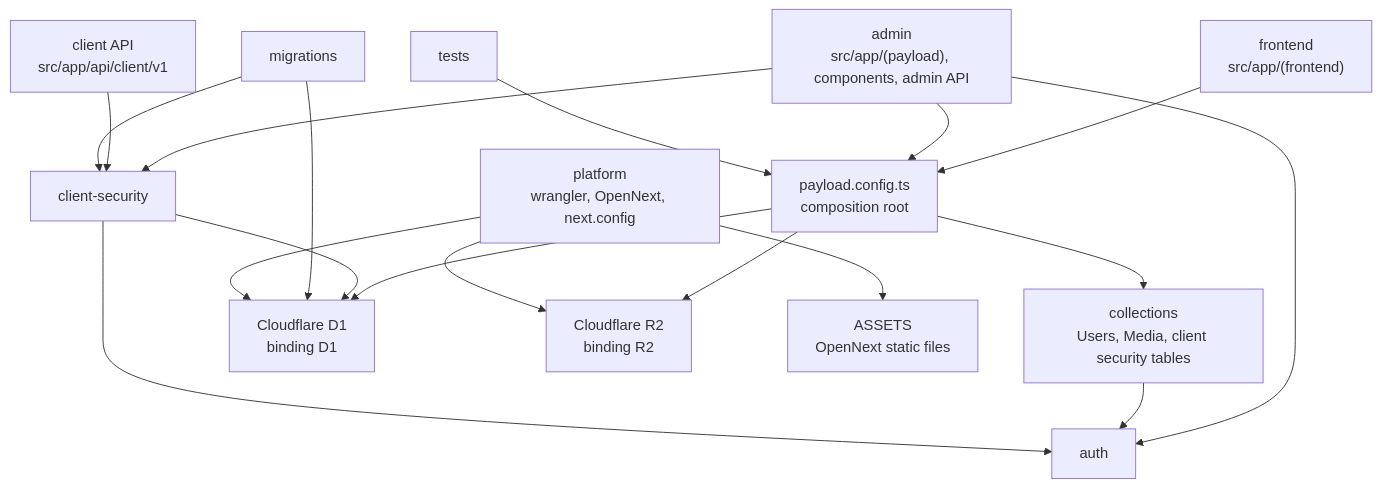
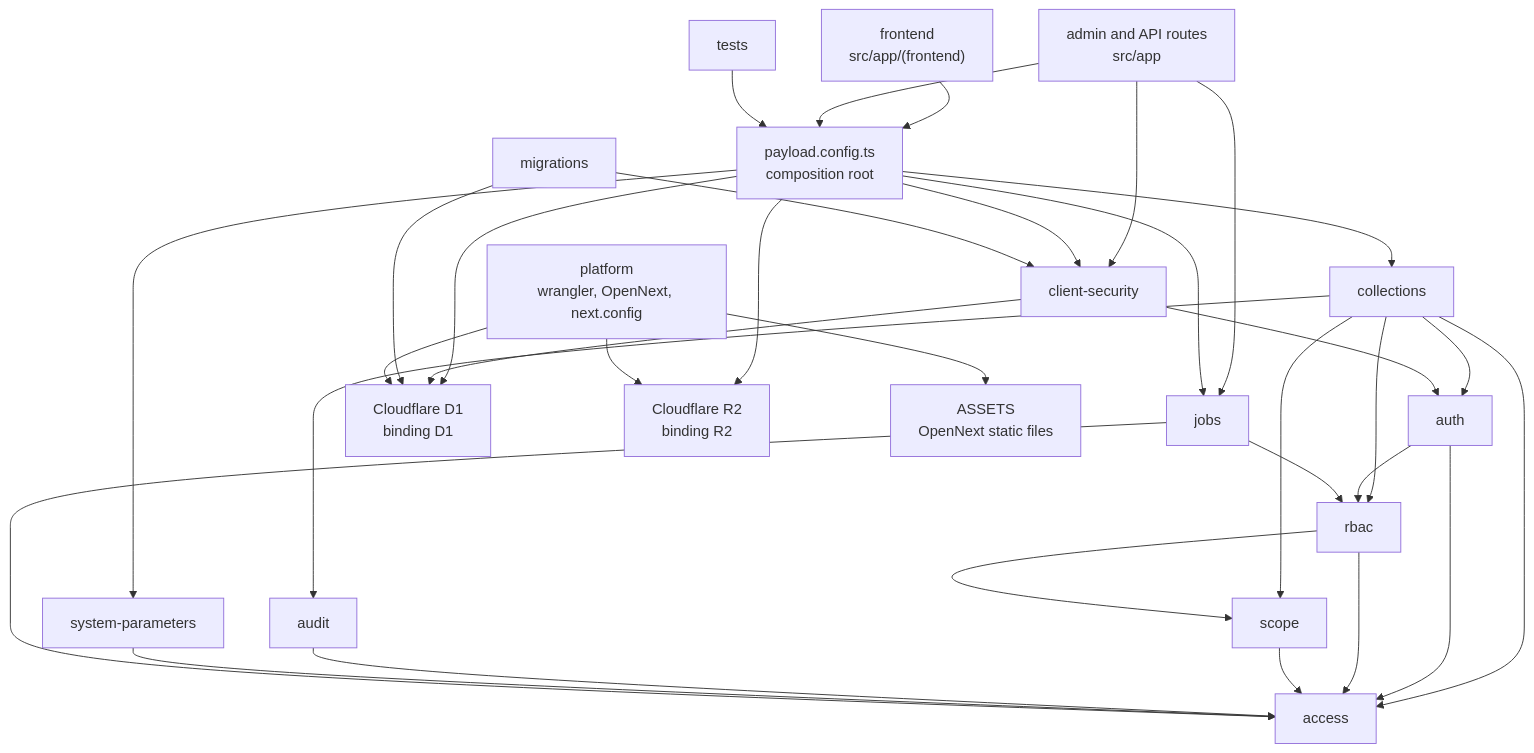
One commit to AIKitLLC/cloudflare-admin-template changed the diagram in docs/ARCHITECTURE.md. Above: the diagram before and after it, drawn with Mermaid. The commit also changed other lines of this file and 5 other files, not shown here.

````diff
--- a/docs/ARCHITECTURE.md
+++ b/docs/ARCHITECTURE.md
@@ -58,34 +72,54 @@
 ```mermaid
 flowchart TD
   frontend["frontend<br/>src/app/(frontend)"]
-  admin["admin<br/>src/app/(payload), components, admin API"]
-  client["client API<br/>src/app/api/client/v1"]
+  admin["admin and API routes<br/>src/app"]
   tests["tests"]
   config["payload.config.ts<br/>composition root"]
-  collections["collections<br/>Users, Media, client security tables"]
+  collections["collections"]
   security["client-security"]
   auth["auth"]
+  rbac["rbac"]
+  scope["scope"]
+  access["access"]
+  audit["audit"]
+  params["system-parameters"]
+  jobs["jobs"]
   migrations["migrations"]
   platform["platform<br/>wrangler, OpenNext, next.config"]
   d1["Cloudflare D1<br/>binding D1"]
   r2["Cloudflare R2<br/>binding R2"]
   assets["ASSETS<br/>OpenNext static files"]
 
   frontend --> config
   admin --> config
   admin --> security
-  admin --> auth
-  client --> security
+  admin --> jobs
   tests --> config
   config --> collections
+  config --> security
+  config --> jobs
+  config --> params
   config --> d1
   config --> r2
+  collections --> access
+  collections --> audit
   collections --> auth
+  collections --> rbac
+  collections --> scope
   security --> auth
   security --> d1
+  auth --> rbac
+  auth --> access
+  rbac --> scope
+  rbac --> access
+  scope --> access
+  audit --> access
+  params --> access
+  jobs --> access
+  jobs --> rbac
   migrations --> security
   migrations --> d1
   platform --> d1
   platform --> r2
   platform --> assets
 ```
````
